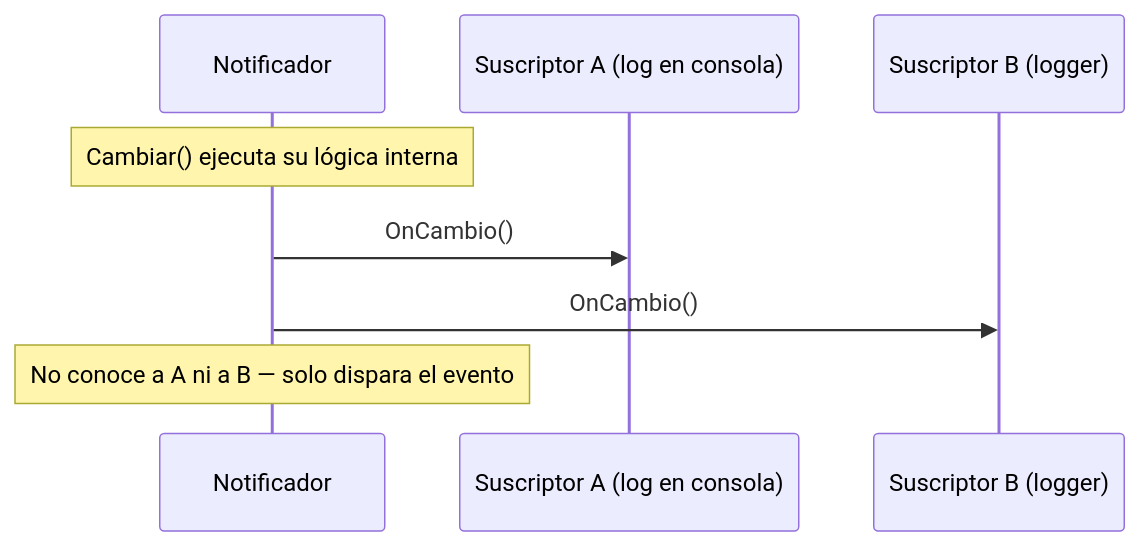
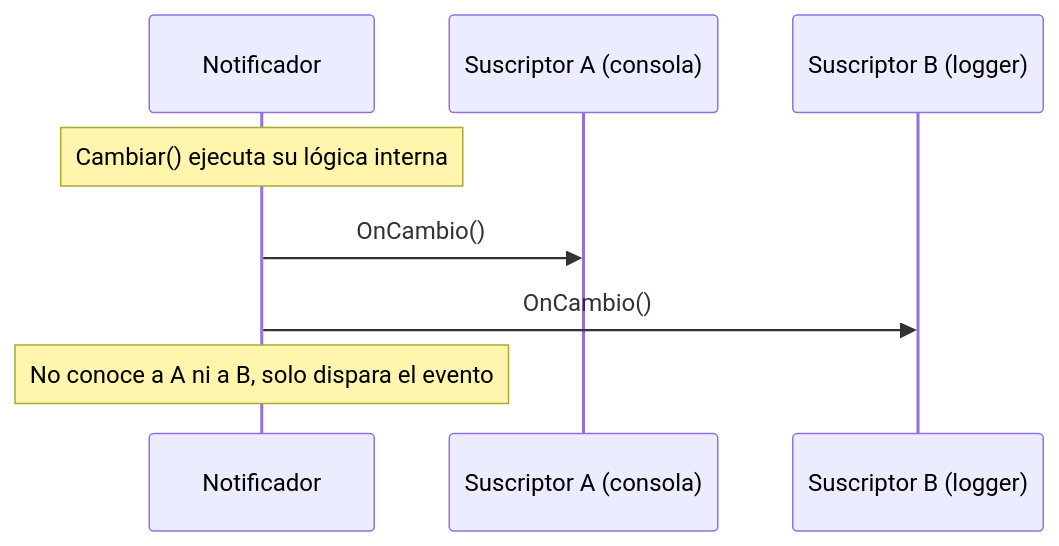
One commit to Carlou134/ssr-developer-roadmap changed the second of 2 diagrams in docs/02-calidad-de-codigo-y-arquitectura/01-solid-y-patrones.md. Above: the diagram before and after it, drawn with Mermaid. The commit also changed other lines of this file and 13 other files, not shown here.

````diff
--- a/docs/02-calidad-de-codigo-y-arquitectura/01-solid-y-patrones.md
+++ b/docs/02-calidad-de-codigo-y-arquitectura/01-solid-y-patrones.md
@@ -320,11 +395,11 @@
 ```mermaid
 sequenceDiagram
     participant Notificador
-    participant SuscriptorA as Suscriptor A (log en consola)
+    participant SuscriptorA as Suscriptor A (consola)
     participant SuscriptorB as Suscriptor B (logger)
 
     Note over Notificador: Cambiar() ejecuta su lógica interna
     Notificador->>SuscriptorA: OnCambio()
     Notificador->>SuscriptorB: OnCambio()
-    Note over Notificador: No conoce a A ni a B — solo dispara el evento
+    Note over Notificador: No conoce a A ni a B, solo dispara el evento
 ```
````
